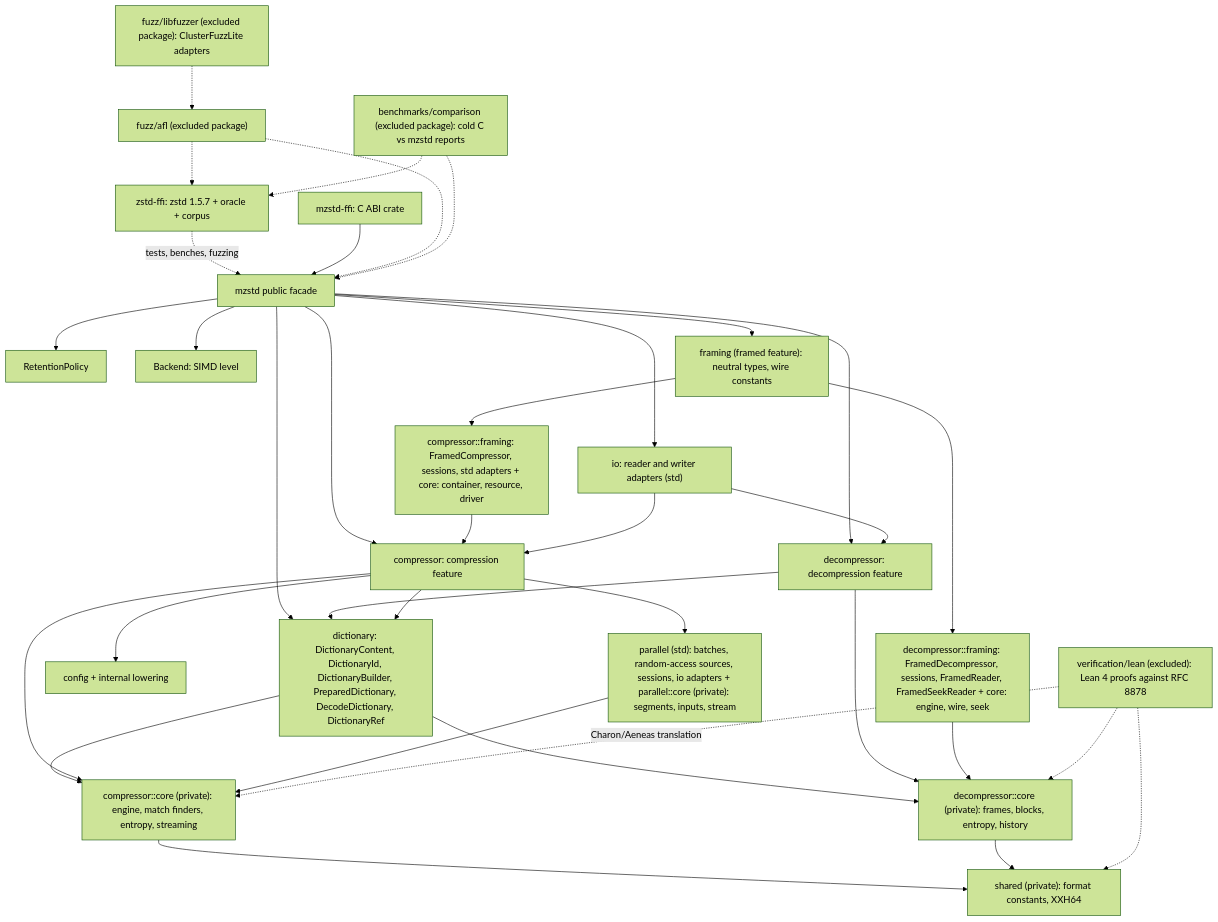
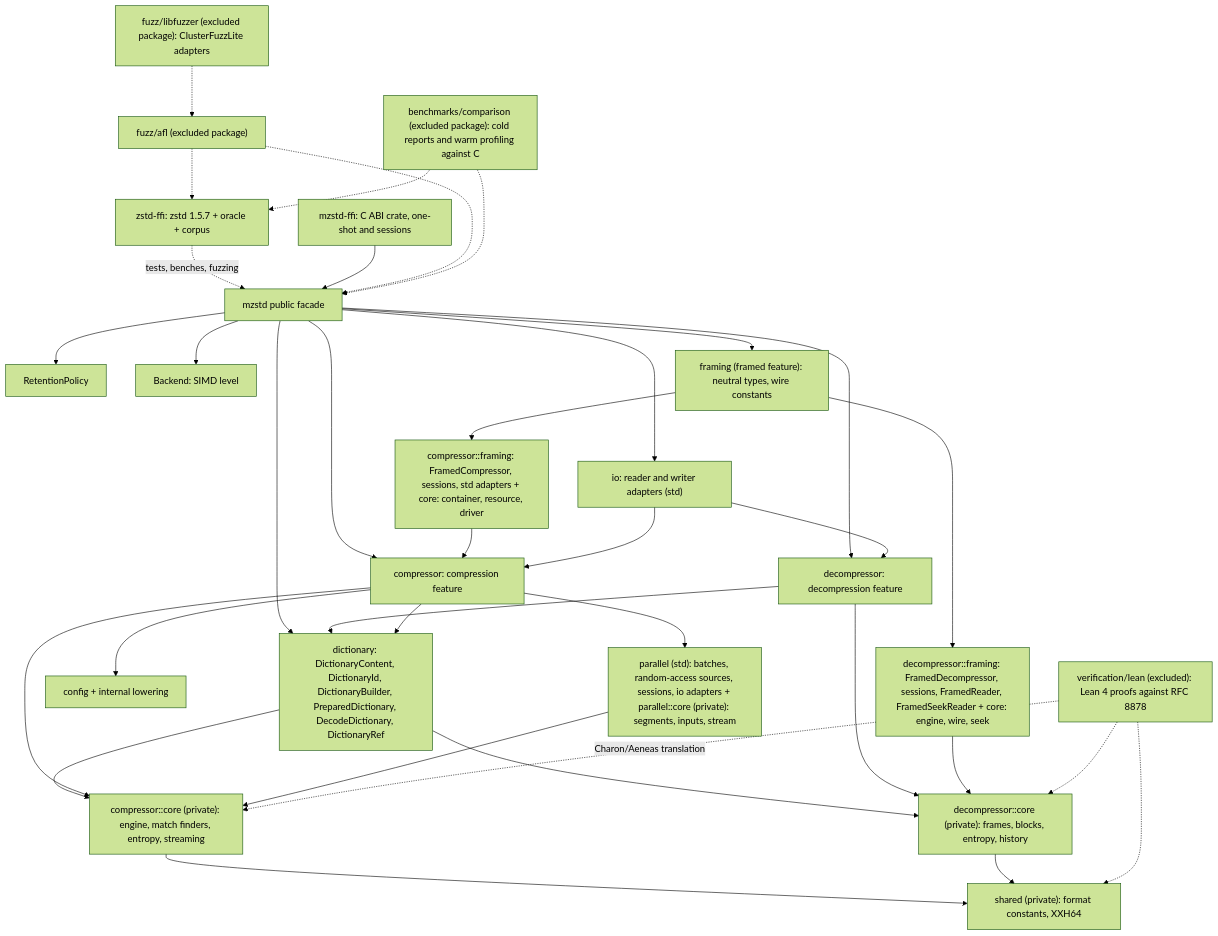
Before and after one commit to M-Compressors/mzstd: the diagram in architecture/README.md, drawn with Mermaid (forest theme). The commit also changed other lines of this file and 369 other files, not shown here.

````diff
--- a/architecture/README.md
+++ b/architecture/README.md
@@ -11,37 +11,37 @@
 ```mermaid
 graph TD
     Root[mzstd public facade] --> Encode[compressor: compression feature]
     Root --> Decode[decompressor: decompression feature]
     Root --> Ret[RetentionPolicy]
     Root --> Back[Backend: SIMD level]
     Root --> IO["io: reader and writer adapters (std)"]
     Root --> Dict["dictionary: DictionaryContent, DictionaryId, DictionaryBuilder, PreparedDictionary, DecodeDictionary, DictionaryRef"]
     Decode --> Dict
     Encode --> Dict
     Dict --> DCore
     Dict --> ECore
     Encode --> Cfg[config + internal lowering]
     Encode --> ECore["compressor::core (private): engine, match finders, entropy, streaming"]
     Encode --> Par["parallel (std): batches, random-access sources, sessions, io adapters + parallel::core (private): segments, inputs, stream"]
     Par --> ECore
     Decode --> DCore["decompressor::core (private): frames, blocks, entropy, history"]
     Root --> Framing["framing (framed feature): neutral types, wire constants"]
     Framing --> FEnc["compressor::framing: FramedCompressor, sessions, std adapters + core: container, resource, driver"]
     Framing --> FDec["decompressor::framing: FramedDecompressor, sessions, FramedReader, FramedSeekReader + core: engine, wire, seek"]
     FEnc --> Encode
     FDec --> DCore
     ECore --> Shared["shared (private): format constants, XXH64"]
     DCore --> Shared
     IO --> Encode
     IO --> Decode
     Ref["zstd-ffi: zstd 1.5.7 + oracle + corpus"] -. tests, benches, fuzzing .-> Root
-    CABI["mzstd-ffi: C ABI crate"] --> Root
+    CABI["mzstd-ffi: C ABI crate, one-shot and sessions"] --> Root
     Fuzz["fuzz/afl (excluded package)"] -.-> Root
     Fuzz -.-> Ref
     LibFuzz["fuzz/libfuzzer (excluded package): ClusterFuzzLite adapters"] -.-> Fuzz
-    Cmp["benchmarks/comparison (excluded package): cold C vs mzstd reports"] -.-> Root
+    Cmp["benchmarks/comparison (excluded package): cold reports and warm profiling against C"] -.-> Root
     Cmp -.-> Ref
     Lean["verification/lean (excluded): Lean 4 proofs against RFC 8878"] -. Charon/Aeneas translation .-> ECore
     Lean -.-> DCore
     Lean -.-> Shared
 ```
````
